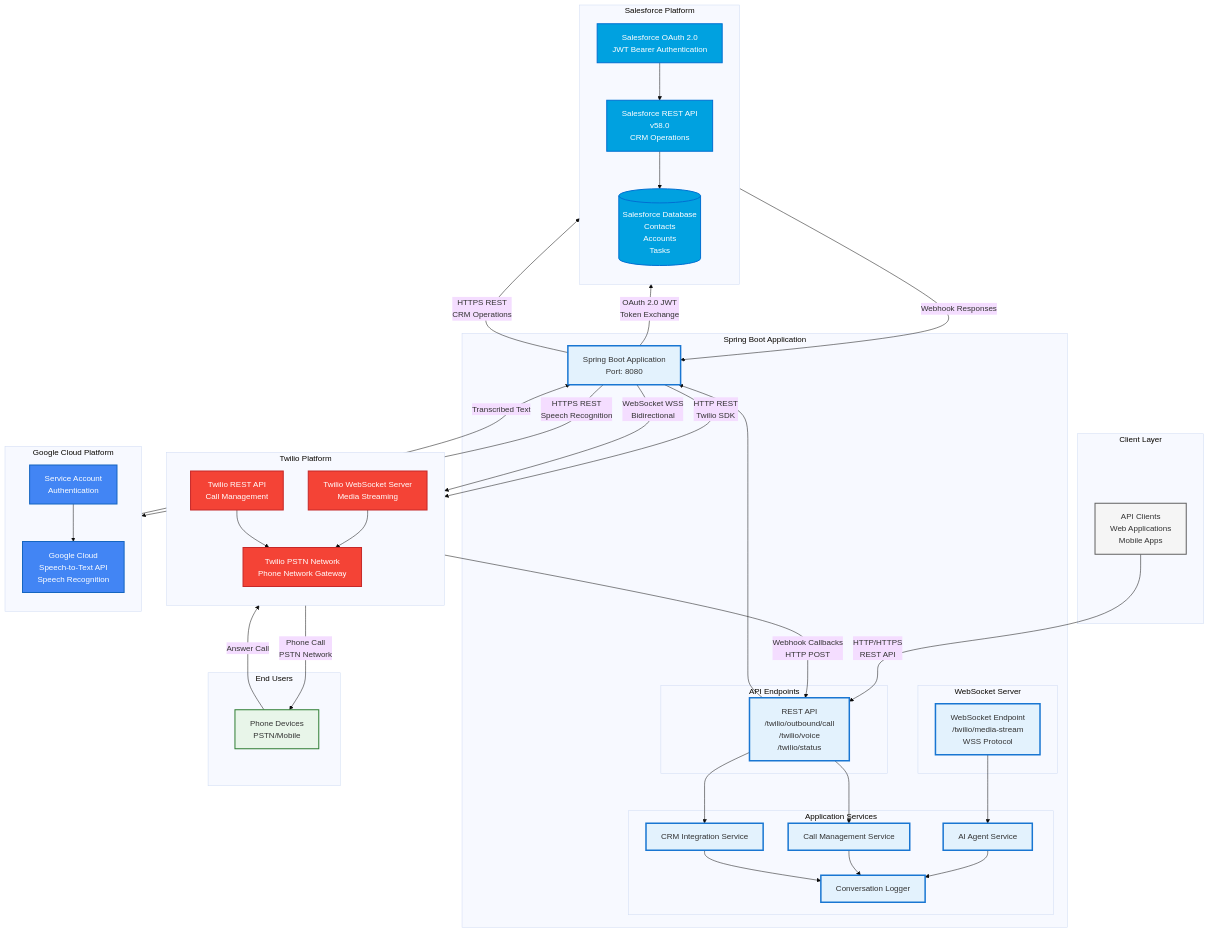
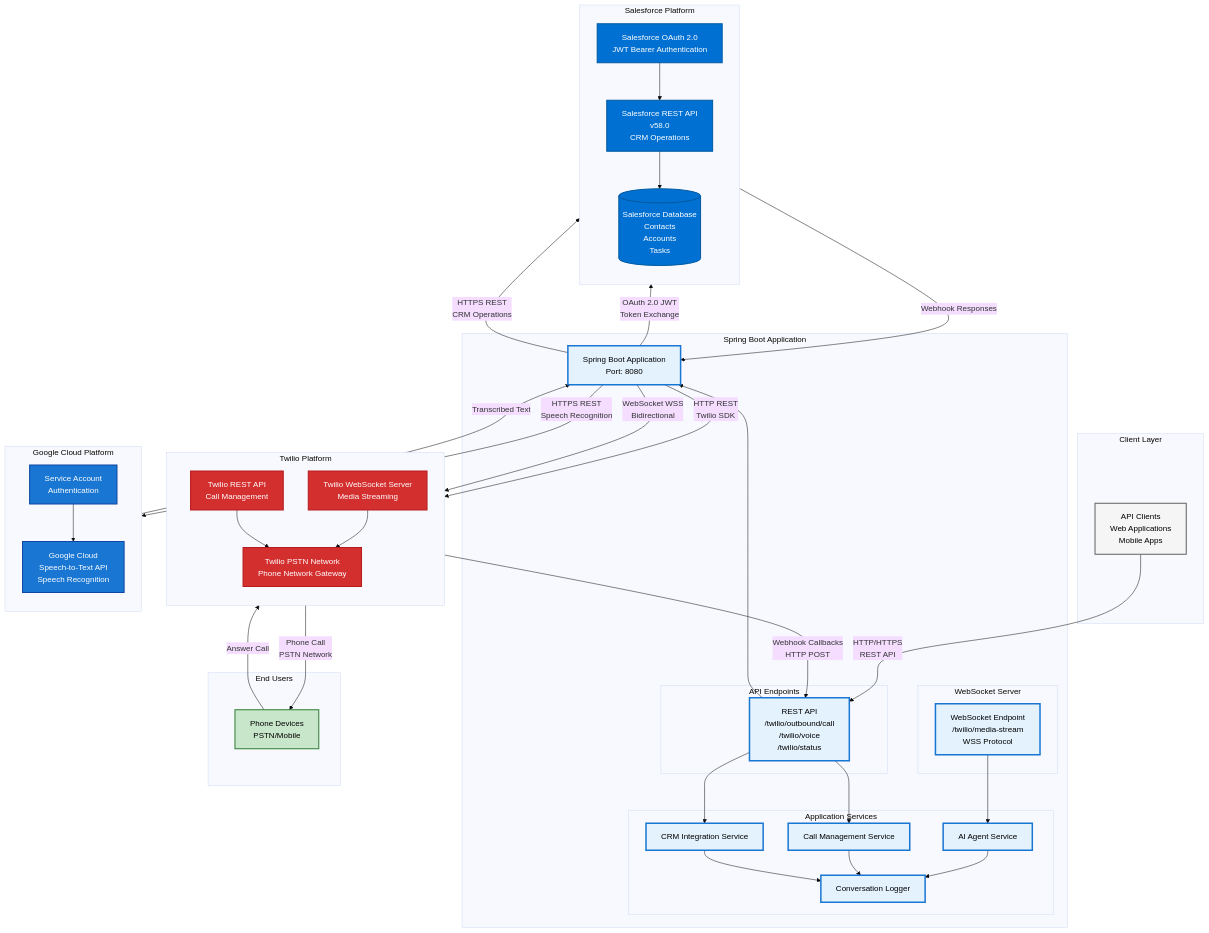
The first of 3 diagrams in ARCHITECTURE_DIAGRAM.md (Swarupreddy4/twilio-voice-call), drawn with Mermaid (base theme) before and after one commit. The commit also changed other lines of this file, not shown here.

```diff
--- a/ARCHITECTURE_DIAGRAM.md
+++ b/ARCHITECTURE_DIAGRAM.md
@@ -94,12 +94,12 @@
     CRM --> LOG
     
     %% Styling
-    classDef application fill:#e3f2fd,stroke:#1976d2,stroke-width:3px
-    classDef twilio fill:#f44336,stroke:#c62828,stroke-width:2px,color:#fff
-    classDef google fill:#4285f4,stroke:#1565c0,stroke-width:2px,color:#fff
-    classDef salesforce fill:#00a1e0,stroke:#0070d2,stroke-width:2px,color:#fff
-    classDef client fill:#f5f5f5,stroke:#616161,stroke-width:2px
-    classDef user fill:#e8f5e9,stroke:#2e7d32,stroke-width:2px
+    classDef application fill:#e3f2fd,stroke:#1976d2,stroke-width:3px,color:#000
+    classDef twilio fill:#d32f2f,stroke:#b71c1c,stroke-width:2px,color:#fff
+    classDef google fill:#1976d2,stroke:#0d47a1,stroke-width:2px,color:#fff
+    classDef salesforce fill:#0070d2,stroke:#005a9e,stroke-width:2px,color:#fff
+    classDef client fill:#f5f5f5,stroke:#616161,stroke-width:2px,color:#000
+    classDef user fill:#c8e6c9,stroke:#2e7d32,stroke-width:2px,color:#000
     
     class APP,REST,WS,CALL,AI,CRM,LOG application
     class TAPI,TWS,TPSTN twilio
```
